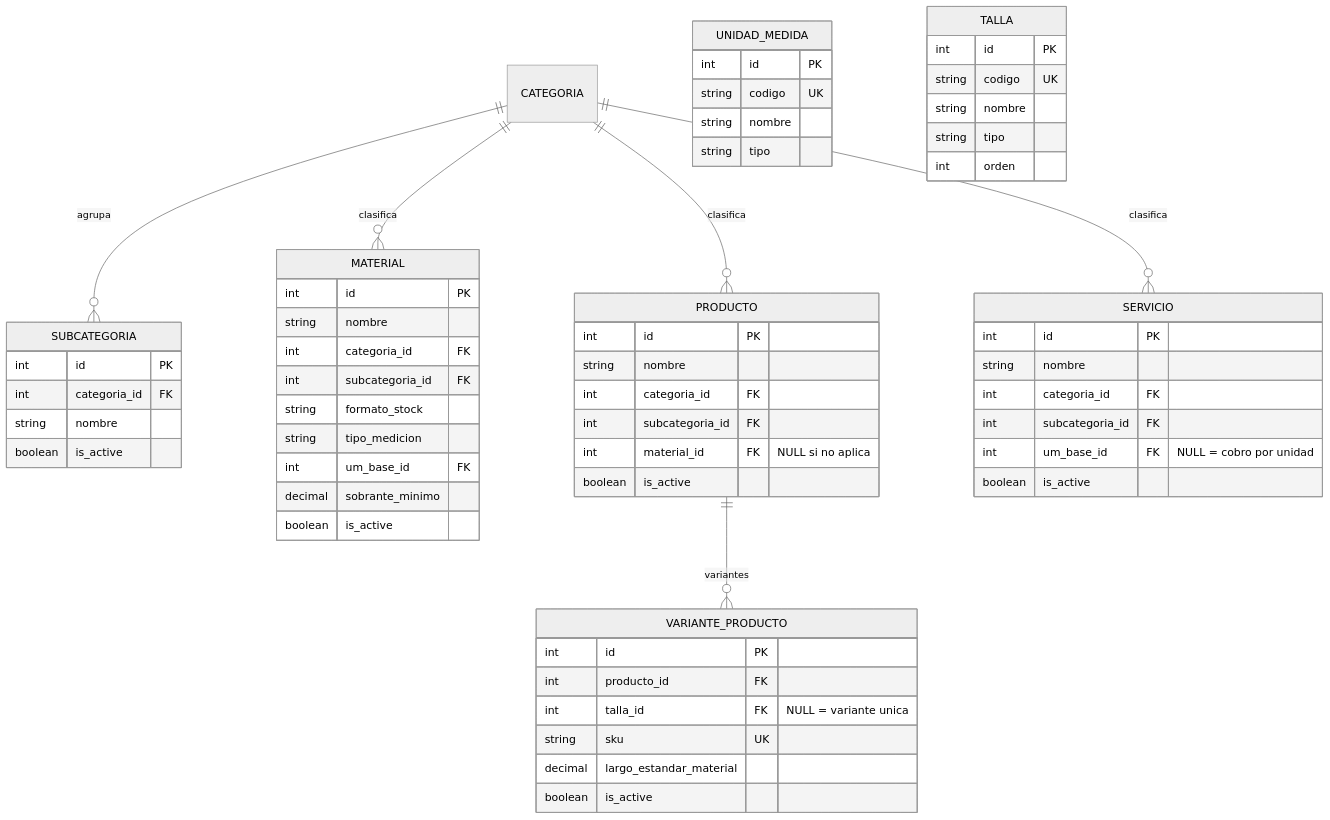
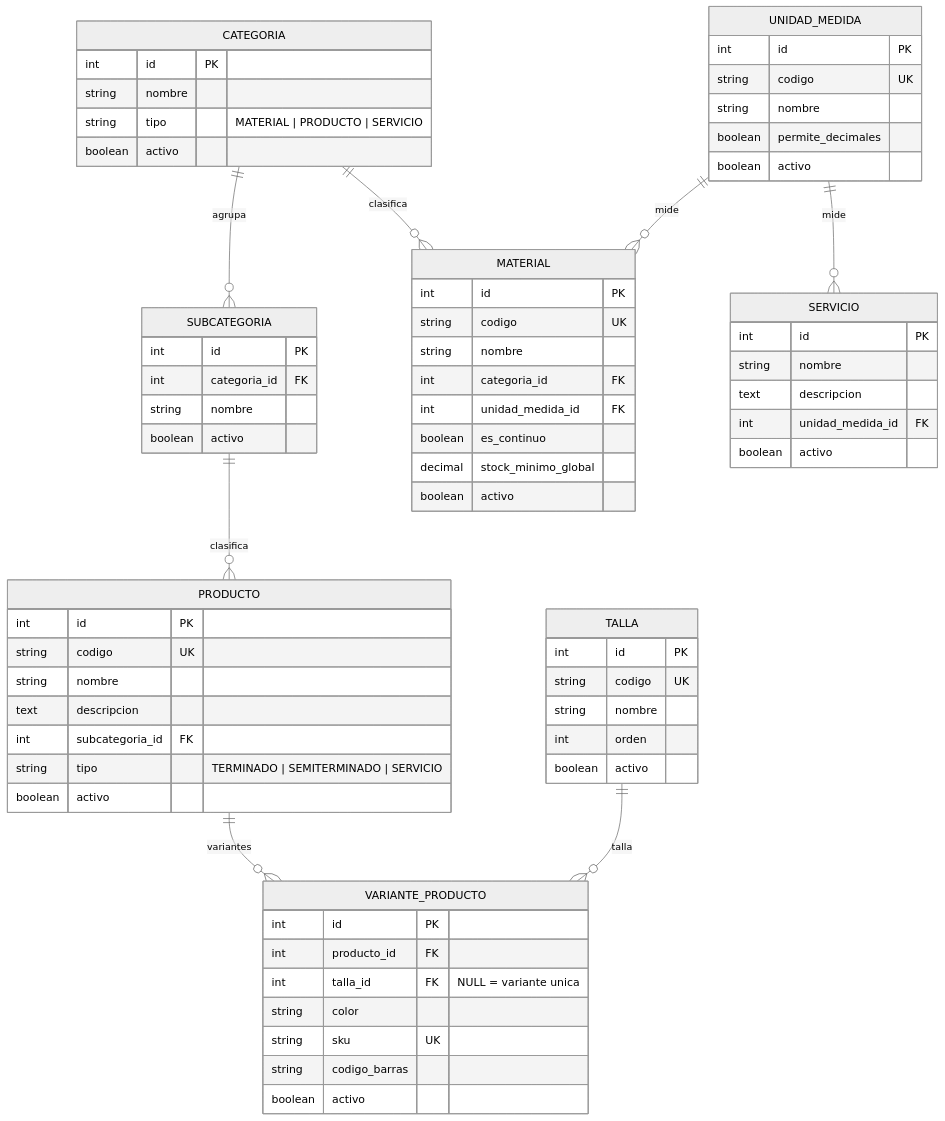
Before and after one commit to Enrrill/DLL-Sulimados---Core: the diagram in docs/modelo-datos/06.3-catalogo.md, drawn with Mermaid (neutral theme). The commit also changed other lines of this file and 27 other files, not shown here.

````diff
--- a/docs/modelo-datos/06.3-catalogo.md
+++ b/docs/modelo-datos/06.3-catalogo.md
@@ -20,62 +21,71 @@
 ```mermaid
 erDiagram
     CATEGORIA ||--o{ SUBCATEGORIA : "agrupa"
     CATEGORIA ||--o{ MATERIAL : "clasifica"
+    CATEGORIA {
+        int id PK
+        string nombre
+        string tipo "MATERIAL | PRODUCTO | SERVICIO"
+        boolean activo
+    }
+    SUBCATEGORIA ||--o{ PRODUCTO : "clasifica"
     SUBCATEGORIA {
         int id PK
         int categoria_id FK
         string nombre
-        boolean is_active
+        boolean activo
     }
-    CATEGORIA ||--o{ PRODUCTO : "clasifica"
-    CATEGORIA ||--o{ SERVICIO : "clasifica"
+    UNIDAD_MEDIDA ||--o{ MATERIAL : "mide"
+    UNIDAD_MEDIDA ||--o{ SERVICIO : "mide"
+    UNIDAD_MEDIDA {
+        int id PK
+        string codigo UK
+        string nombre
+        boolean permite_decimales
+        boolean activo
+    }
     MATERIAL {
         int id PK
+        string codigo UK
         string nombre
         int categoria_id FK
-        int subcategoria_id FK
-        string formato_stock
-        string tipo_medicion
-        int um_base_id FK
-        decimal sobrante_minimo
-        boolean is_active
+        int unidad_medida_id FK
+        boolean es_continuo
+        decimal stock_minimo_global
+        boolean activo
     }
+    PRODUCTO ||--o{ VARIANTE_PRODUCTO : "variantes"
     PRODUCTO {
         int id PK
+        string codigo UK
         string nombre
-        int categoria_id FK
+        text descripcion
         int subcategoria_id FK
-        int material_id FK "NULL si no aplica"
-        boolean is_active
+        string tipo "TERMINADO | SEMITERMINADO | SERVICIO"
+        boolean activo
     }
-    PRODUCTO ||--o{ VARIANTE_PRODUCTO : "variantes"
+    TALLA ||--o{ VARIANTE_PRODUCTO : "talla"
+    TALLA {
+        int id PK
+        string codigo UK
+        string nombre
+        int orden
+        boolean activo
+    }
     VARIANTE_PRODUCTO {
         int id PK
         int producto_id FK
         int talla_id FK "NULL = variante unica"
+        string color
         string sku UK
-        decimal largo_estandar_material
-        boolean is_active
+        string codigo_barras
+        boolean activo
     }
     SERVICIO {
         int id PK
         string nombre
-        int categoria_id FK
-        int subcategoria_id FK
-        int um_base_id FK "NULL = cobro por unidad"
-        boolean is_active
-    }
-    UNIDAD_MEDIDA {
-        int id PK
-        string codigo UK
-        string nombre
-        string tipo
-    }
-    TALLA {
-        int id PK
-        string codigo UK
-        string nombre
-        string tipo
-        int orden
+        text descripcion
+        int unidad_medida_id FK
+        boolean activo
     }
 ```
````
